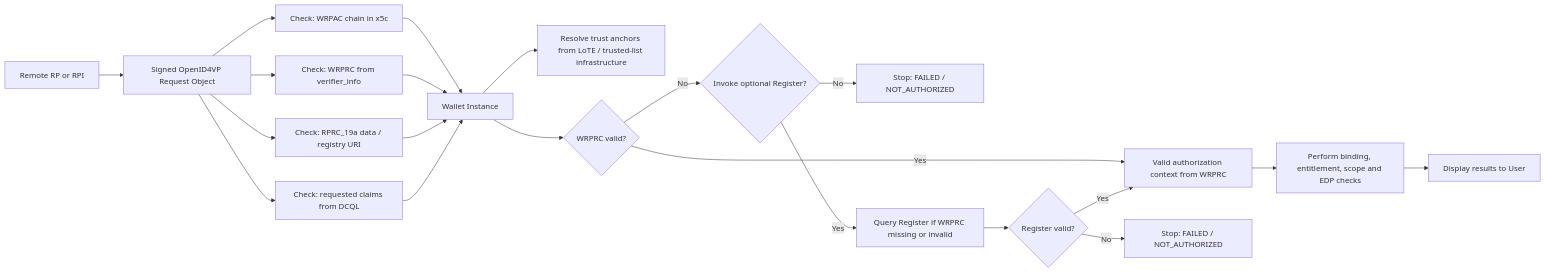
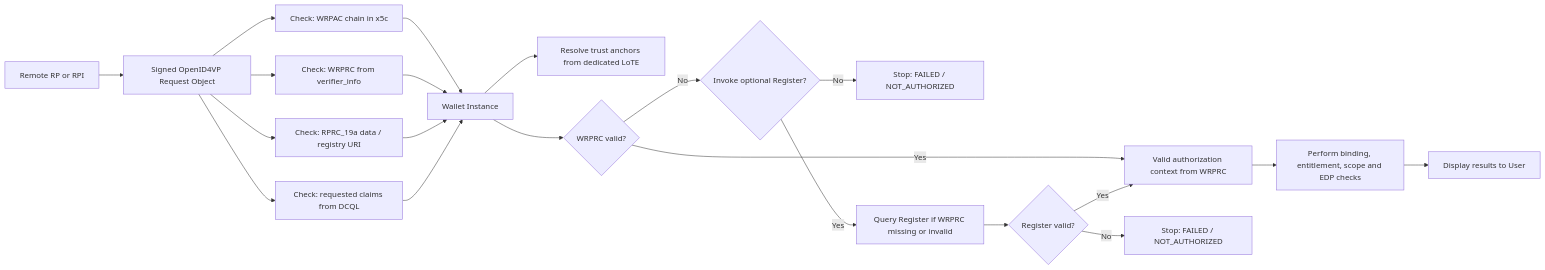
One commit to APTITUDE-Consortium/wp2-trust-specifications changed the second of 4 diagrams in docs/topics/trust-checks-presentation.md. Above: the diagram before and after it, drawn with Mermaid. The commit also changed other lines of this file and 1 other file, not shown here.

````diff
--- a/docs/topics/trust-checks-presentation.md
+++ b/docs/topics/trust-checks-presentation.md
@@ -143,23 +143,23 @@
 ```mermaid
 flowchart LR
 RP[Remote RP or RPI] --> Req[Signed OpenID4VP Request Object]
 Req --> WRPAC[Check: WRPAC chain in x5c]
 Req --> WRPRC[Check: WRPRC from verifier_info]
 Req --> RPRC19a[Check: RPRC_19a data / registry URI]
 Req --> DCQL[Check: requested claims from DCQL]
 WRPAC --> WI[Wallet Instance]
 WRPRC --> WI
 RPRC19a --> WI
 DCQL --> WI
-WI --> TA[Resolve trust anchors from LoTE / trusted-list infrastructure]
+WI --> TA[Resolve trust anchors from dedicated LoTE]
 WI --> ContextD{WRPRC valid?}
 ContextD -->|Yes| Context[Valid authorization context from WRPRC]
 ContextD -->|No| RegChoice{Invoke optional Register?}
 RegChoice -->|No| StopContext[Stop: FAILED / NOT_AUTHORIZED]
 RegChoice -->|Yes| Reg[Query Register if WRPRC missing or invalid]
 Reg --> RegD{Register valid?}
 RegD -->|No| StopRegister[Stop: FAILED / NOT_AUTHORIZED]
 RegD -->|Yes| Context
 Context --> Eval[Perform binding, entitlement, scope and EDP checks]
 Eval --> User[Display results to User]
 ```
````
